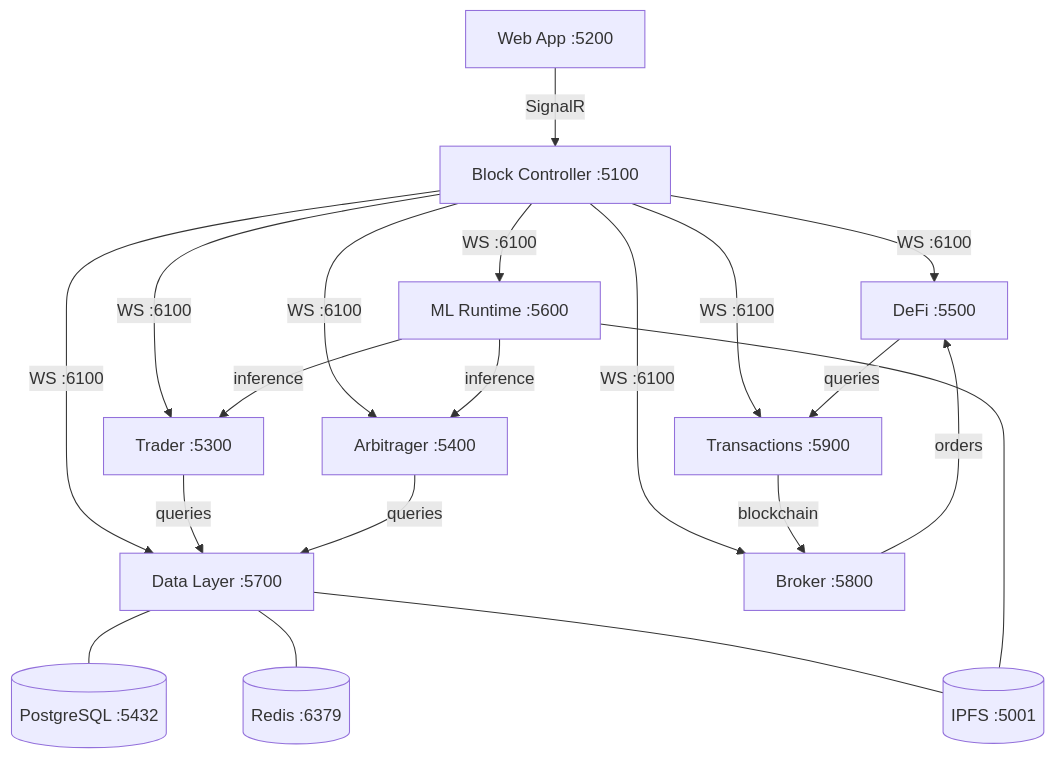
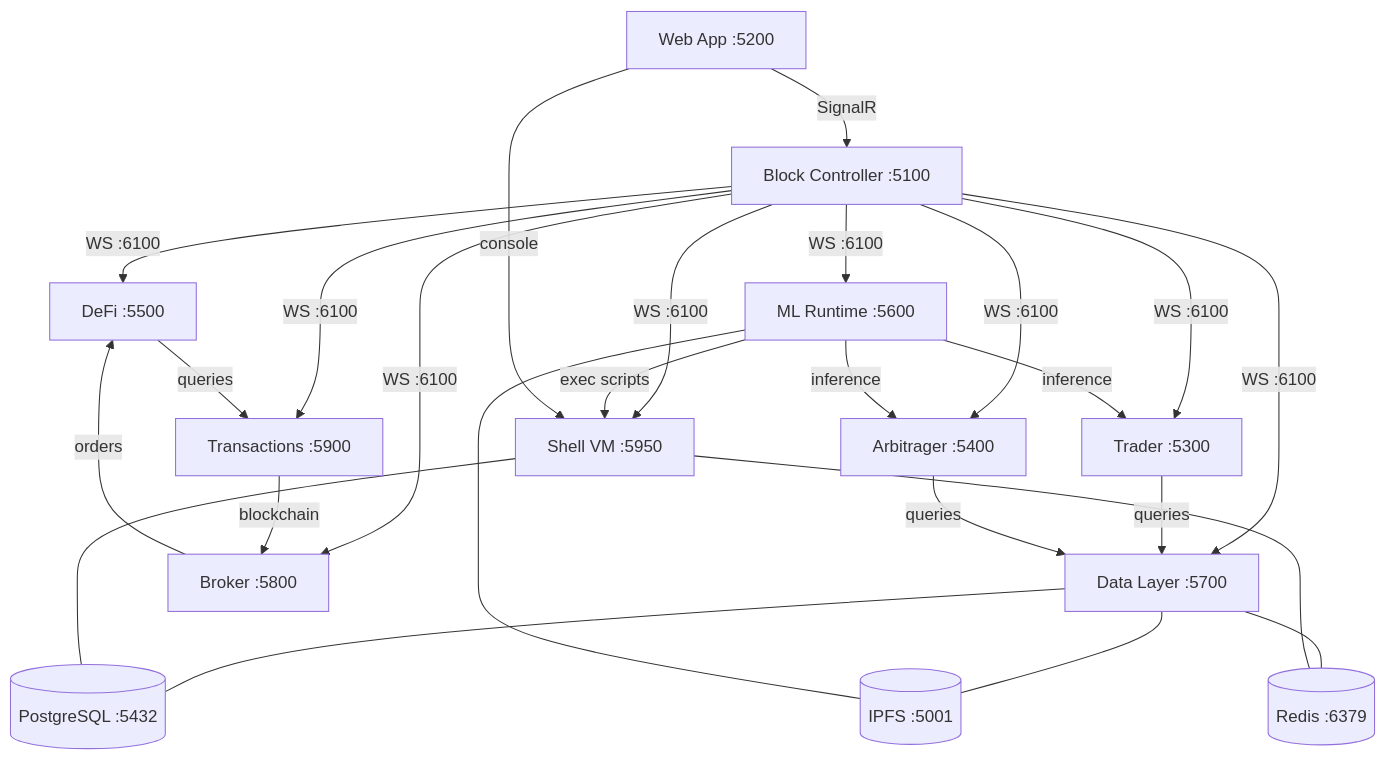
Before and after one commit to somat3k/configs-repo: the first of 2 diagrams in docs/architecture/module-topology.md, drawn with Mermaid. The commit also changed other lines of this file and 11 other files, not shown here.

````diff
--- a/docs/architecture/module-topology.md
+++ b/docs/architecture/module-topology.md
@@ -9,24 +9,29 @@
 ```mermaid
 graph TB
     WA[Web App :5200] -->|SignalR| BC[Block Controller :5100]
     BC -->|WS :6100| TR[Trader :5300]
     BC -->|WS :6100| AR[Arbitrager :5400]
     BC -->|WS :6100| DF[DeFi :5500]
     BC -->|WS :6100| ML[ML Runtime :5600]
     BC -->|WS :6100| DL[Data Layer :5700]
     BC -->|WS :6100| BK[Broker :5800]
     BC -->|WS :6100| TX[Transactions :5900]
+    BC -->|WS :6100| SV[Shell VM :5950]
 
     TR -->|queries| DL
     AR -->|queries| DL
     DF -->|queries| TX
     ML -->|inference| TR
     ML -->|inference| AR
+    ML -->|exec scripts| SV
     BK -->|orders| DF
     TX -->|blockchain| BK
+    WA -->|console| SV
 
     DL --- PG[(PostgreSQL :5432)]
     DL --- RD[(Redis :6379)]
     DL --- IP[(IPFS :5001)]
     ML --- IP
+    SV --- PG
+    SV --- RD
 ```
````
